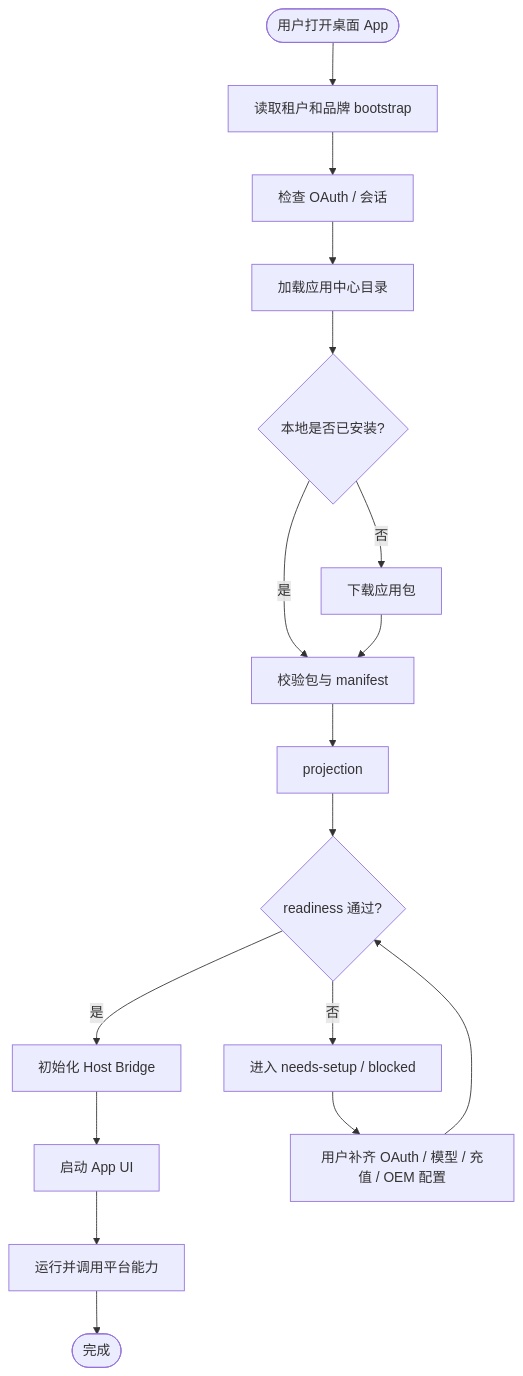
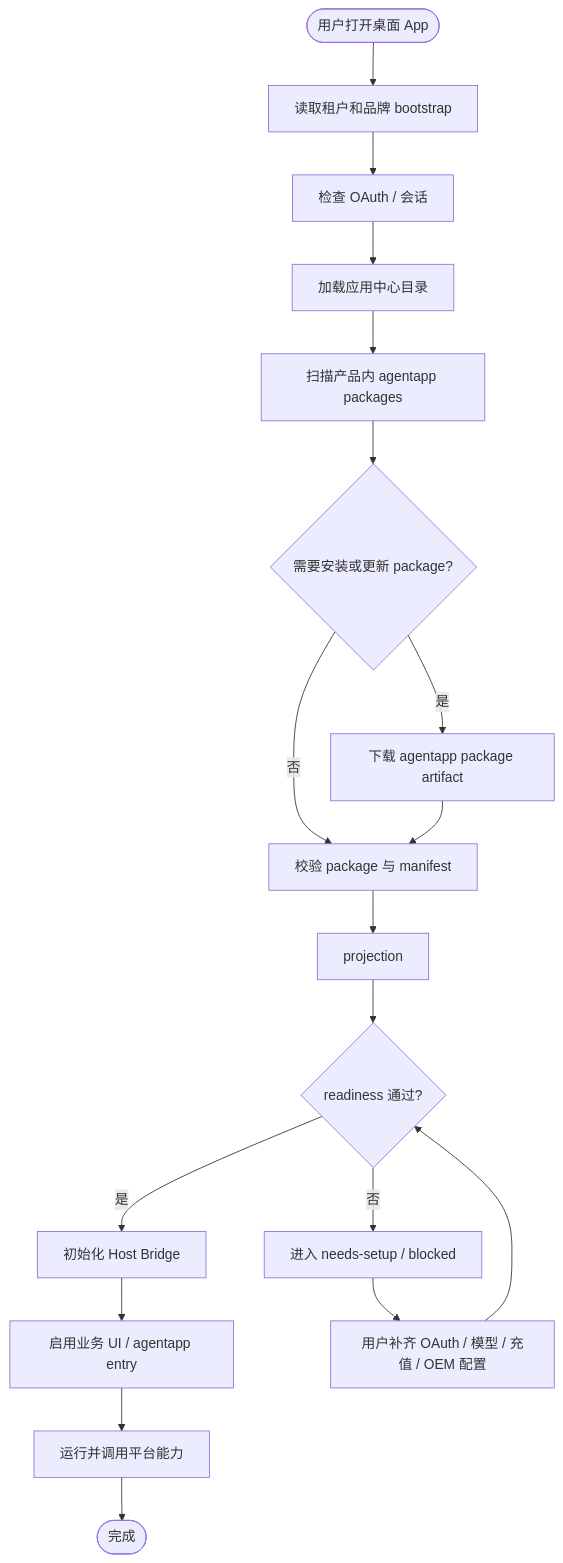
The third of 3 diagrams in docs/v1/prd.md (limecloud/lime-desktop-platform), drawn with Mermaid before and after one commit. The commit also changed other lines of this file and 85 other files, not shown here.

````diff
--- a/docs/v1/prd.md
+++ b/docs/v1/prd.md
@@ -278,23 +301,23 @@
 ```mermaid
 flowchart TD
   Start([用户打开桌面 App]) --> Bootstrap[读取租户和品牌 bootstrap]
   Bootstrap --> Session[检查 OAuth / 会话]
   Session --> Catalog[加载应用中心目录]
-  Catalog --> Installed{本地是否已安装?}
-
-  Installed -- 否 --> Download[下载应用包]
-  Installed -- 是 --> Verify[校验包与 manifest]
+  Catalog --> Packages[扫描产品内 agentapp packages]
+  Packages --> NeedsInstall{需要安装或更新 package?}
+  NeedsInstall -- 是 --> Download[下载 agentapp package artifact]
+  NeedsInstall -- 否 --> Verify[校验 package 与 manifest]
   Download --> Verify
 
   Verify --> Project[projection]
   Project --> Ready{readiness 通过?}
 
   Ready -- 是 --> Bridge[初始化 Host Bridge]
-  Bridge --> Launch[启动 App UI]
+  Bridge --> Launch[启用业务 UI / agentapp entry]
   Launch --> Run[运行并调用平台能力]
   Run --> End([完成])
 
   Ready -- 否 --> Setup[进入 needs-setup / blocked]
   Setup --> Fix[用户补齐 OAuth / 模型 / 充值 / OEM 配置]
   Fix --> Ready
 ```
````
